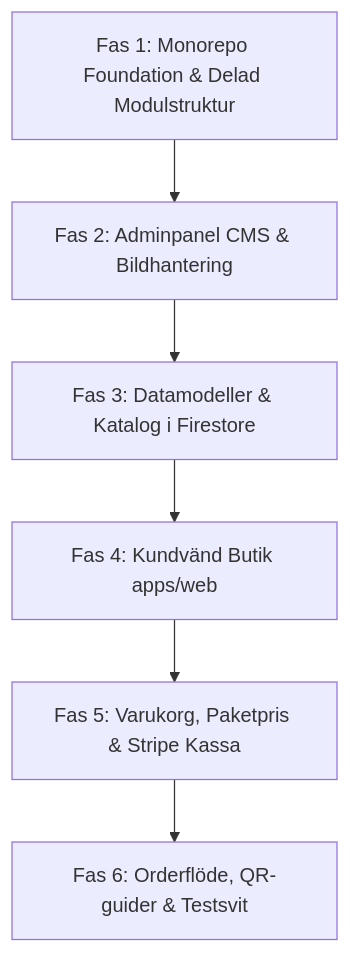
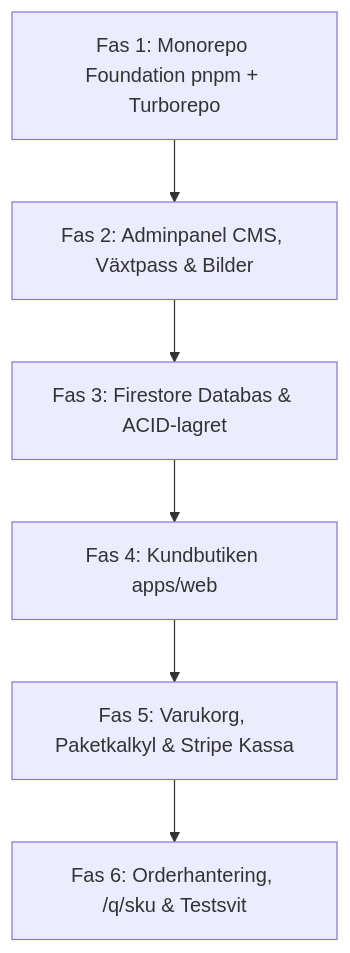
Before and after one commit to MrManke/ohlundsfroer: the diagram in docs/masterplan_produktion.md, drawn with Mermaid. The commit also changed other lines of this file, not shown here.

Commit message:
docs(plan): uppdatera Masterplan med granskarens rekommendationer (pnpm, Turborepo, /q/sku, växtpass & badges)

````diff
--- a/docs/masterplan_produktion.md
+++ b/docs/masterplan_produktion.md
@@ -36,8 +160,8 @@
 ```mermaid
 graph TD
-    F1[Fas 1: Monorepo Foundation & Delad Modulstruktur] --> F2[Fas 2: Adminpanel CMS & Bildhantering]
-    F2 --> F3[Fas 3: Datamodeller & Katalog i Firestore]
-    F3 --> F4[Fas 4: Kundvänd Butik apps/web]
-    F4 --> F5[Fas 5: Varukorg, Paketpris & Stripe Kassa]
-    F5 --> F6[Fas 6: Orderflöde, QR-guider & Testsvit]
+    F1[Fas 1: Monorepo Foundation pnpm + Turborepo] --> F2[Fas 2: Adminpanel CMS, Växtpass & Bilder]
+    F2 --> F3[Fas 3: Firestore Databas & ACID-lagret]
+    F3 --> F4[Fas 4: Kundbutiken apps/web]
+    F4 --> F5[Fas 5: Varukorg, Paketkalkyl & Stripe Kassa]
+    F5 --> F6[Fas 6: Orderhantering, /q/sku & Testsvit]
 ```
````
